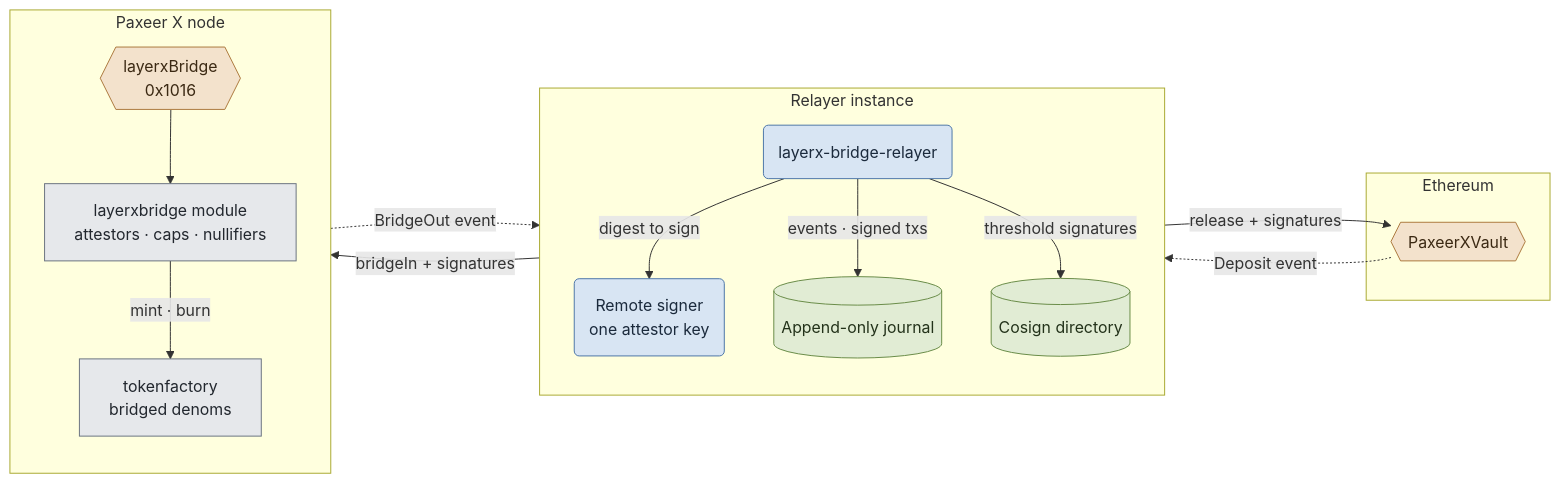
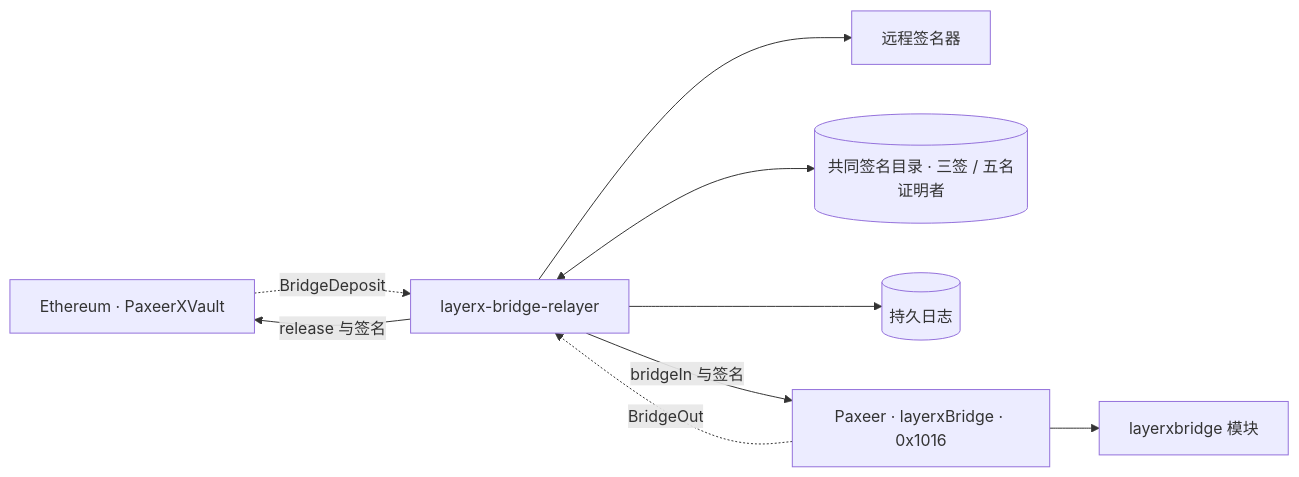
Before and after one commit to Sidiora-Labs/paxeer-monorepo: the second of 2 diagrams in docs/readme/README.zh-CN.md, drawn with Mermaid. The commit also changed other lines of this file, not shown here.

Commit message:
Rewrite the chain-modules documentation pages of docs/readme: stale and misleading pages (manifest 22.32.57, 1 page) [spec:layerx-merge/22.32.57]

````diff
--- a/docs/readme/README.zh-CN.md
+++ b/docs/readme/README.zh-CN.md
@@ -247,41 +205,19 @@
 ```mermaid
 flowchart LR
-  subgraph ethb ["Ethereum"]
-    bVault{{"PaxeerXVault"}}
-  end
+  vault["Ethereum · PaxeerXVault"]
+  relayer["layerx-bridge-relayer"]
+  signer["远程签名器"]
+  cosign[("共同签名目录 · 三签 / 五名证明者")]
+  journal[("持久日志")]
+  bridge["Paxeer · layerxBridge · 0x1016"]
+  module["layerxbridge 模块"]
 
-  subgraph relb ["Relayer instance"]
-    direction TB
-    bRelayer("layerx-bridge-relayer")
-    bSigner("Remote signer<br/>one attestor key")
-    bJournal[("Append-only journal")]
-    bCosign[("Cosign directory")]
-  end
-
-  subgraph pxb ["Paxeer X node"]
-    direction TB
-    bPrec{{"layerxBridge<br/>0x1016"}}
-    bModule["layerxbridge module<br/>attestors · caps · nullifiers"]
-    bTf["tokenfactory<br/>bridged denoms"]
-  end
-
-  bVault -.->|"Deposit event"| bRelayer
-  bRelayer -->|"digest to sign"| bSigner
-  bRelayer -->|"events · signed txs"| bJournal
-  bRelayer -->|"threshold signatures"| bCosign
-  bRelayer -->|"bridgeIn + signatures"| bPrec
-  bPrec --> bModule
-  bModule -->|"mint · burn"| bTf
-  bPrec -.->|"BridgeOut event"| bRelayer
-  bRelayer -->|"release + signatures"| bVault
-
-  classDef svc fill:#d8e5f3,stroke:#4d77a8,color:#1b2a3c
-  classDef store fill:#e1ecd4,stroke:#6a8c48,color:#23321a
-  classDef contract fill:#f3e2cc,stroke:#ad7a3e,color:#3b2913
-  classDef module fill:#e6e8eb,stroke:#6b7480,color:#22272e
-
-  class bRelayer,bSigner svc
-  class bJournal,bCosign store
-  class bVault,bPrec contract
-  class bModule,bTf module
+  vault -.->|"BridgeDeposit"| relayer
+  relayer --> signer
+  relayer <--> cosign
+  relayer --> journal
+  relayer -->|"bridgeIn 与签名"| bridge
+  bridge --> module
+  bridge -.->|"BridgeOut"| relayer
+  relayer -->|"release 与签名"| vault
 ```
````
